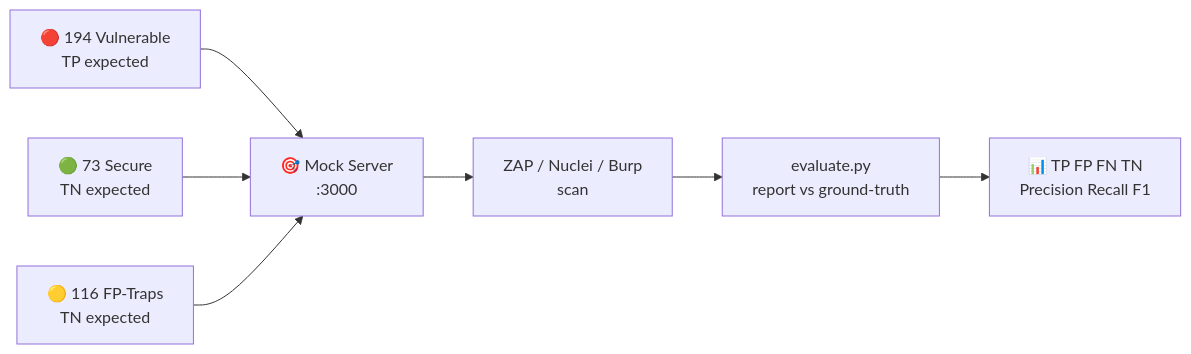
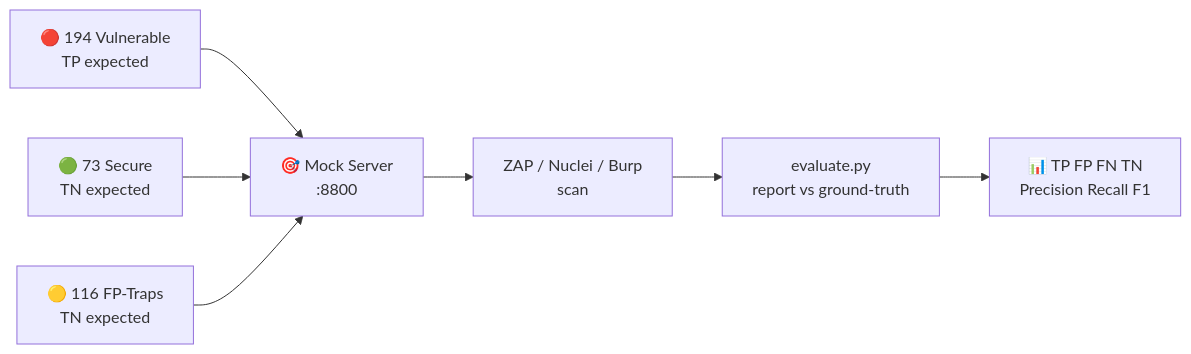
The diagram in README.md (Pentexa/dast-benchmark-lab), drawn with Mermaid before and after one commit. The commit also changed other lines of this file and 12 other files, not shown here.

````diff
--- a/README.md
+++ b/README.md
@@ -42,9 +42,9 @@
 ```mermaid
 flowchart LR
-    A[🔴 194 Vulnerable\nTP expected] --> S[🎯 Mock Server\n:3000]
+    A[🔴 194 Vulnerable\nTP expected] --> S[🎯 Mock Server\n:8800]
     B[🟢 73 Secure\nTN expected] --> S
     C[🟡 116 FP-Traps\nTN expected] --> S
     S --> D[ZAP / Nuclei / Burp\nscan]
     D --> E[evaluate.py\nreport vs ground-truth]
     E --> F[📊 TP FP FN TN\nPrecision Recall F1]
 ```
````
